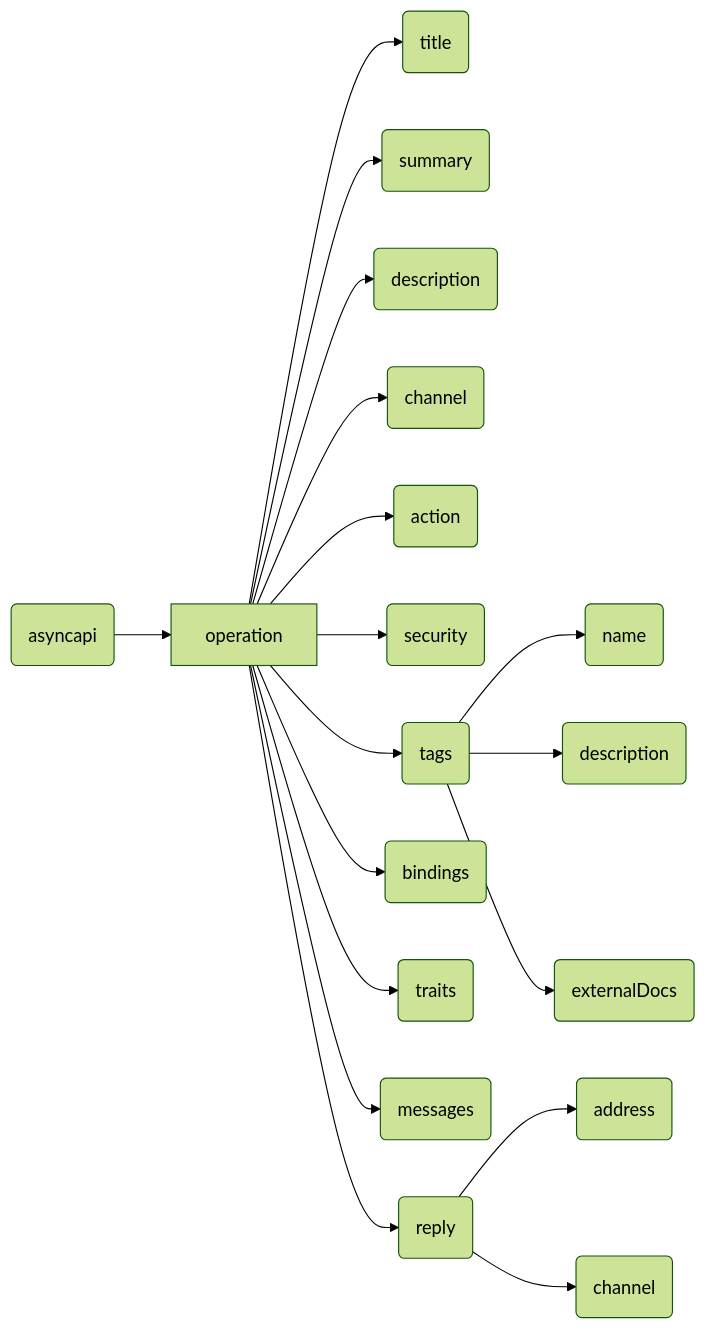
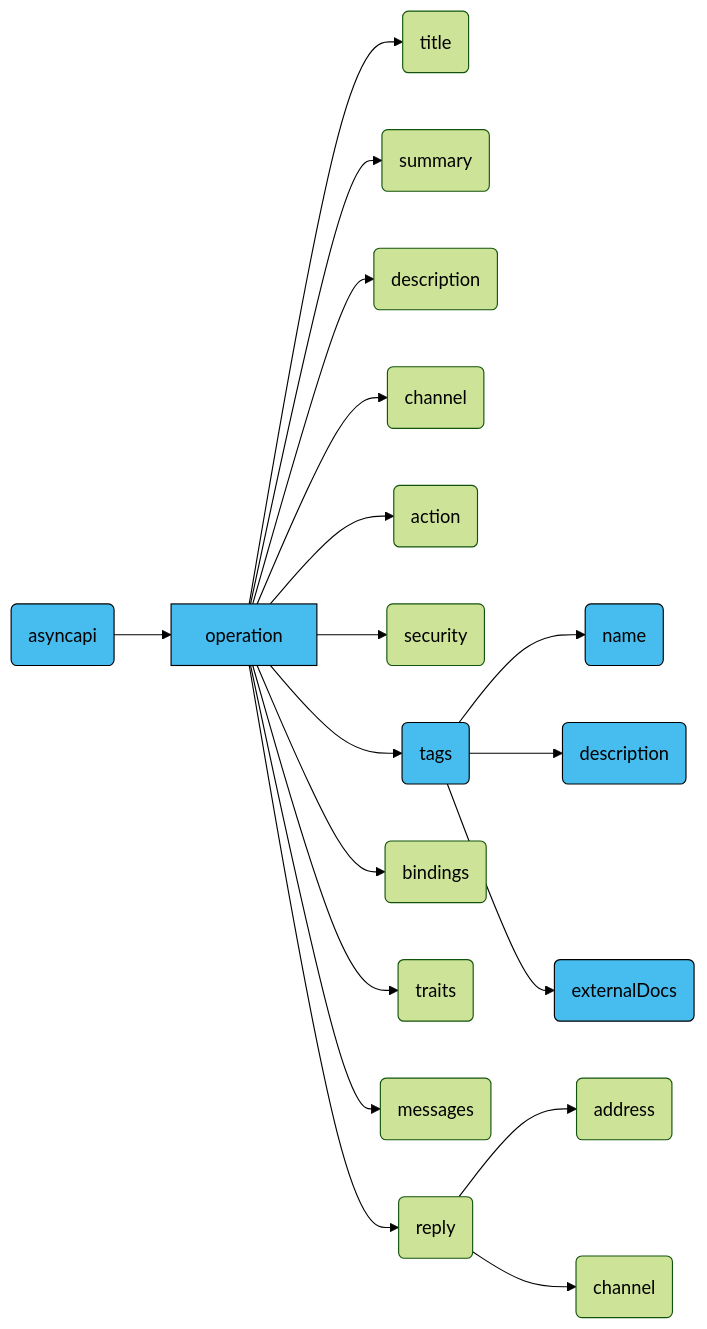
The fourth of 5 diagrams in pages/docs/concepts/asyncapi-document/tags.md (asyncapi/website), drawn with Mermaid (forest theme) before and after one commit. The commit also changed other lines of this file, not shown here.

````diff
--- a/pages/docs/concepts/asyncapi-document/tags.md
+++ b/pages/docs/concepts/asyncapi-document/tags.md
@@ -153,39 +171,45 @@
 ```mermaid
 graph LR
   A[operation]
   B(title)
   C(summary)
   D(description)
   E(channel)
   F(action)
   G(security)
   H(tags)
   I(bindings)
   J(traits)
   K(messages)
   L(reply)
   M(address)
   N(channel)
   W(asyncapi)
   X(name)
   Y(description)
   Z(externalDocs)
   
   W --> A
   A --> B
   A --> C
   A --> D
   A --> E
   A --> F
   A --> G
   A --> H
   A --> I
   A --> J
   A --> K
   A --> L
   L --> M
   L --> N
   H --> X
   H --> Y
   H --> Z
+  style A fill:#47BCEE,stroke:#000;
+  style Z fill:#47BCEE,stroke:#000;
+  style W fill:#47BCEE,stroke:#000;
+  style H fill:#47BCEE,stroke:#000;
+  style Y fill:#47BCEE,stroke:#000;
+  style X fill:#47BCEE,stroke:#000;
 ```
````
